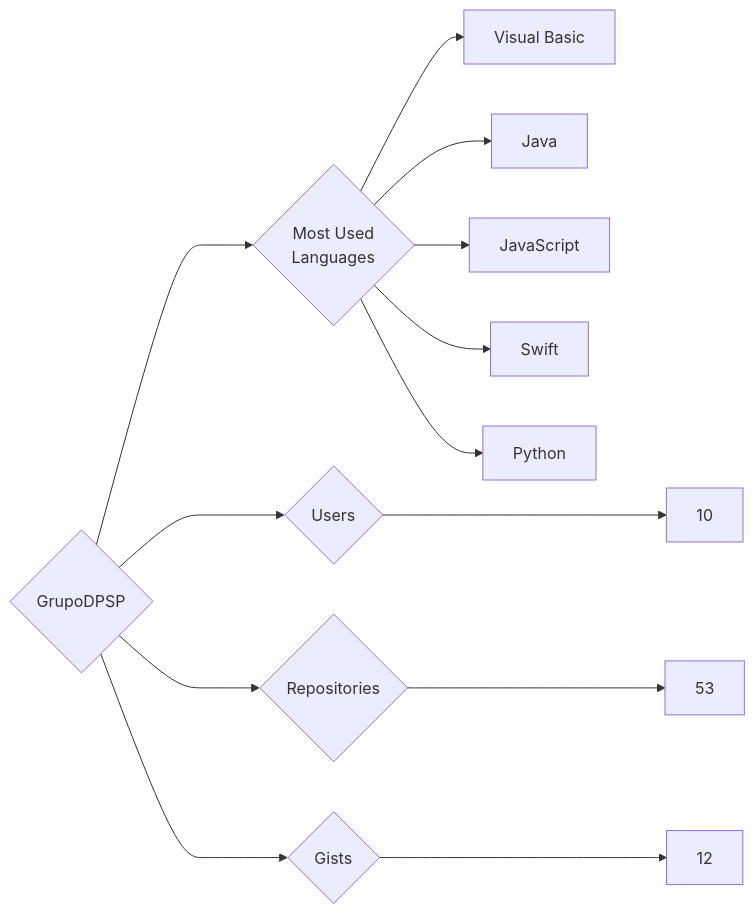
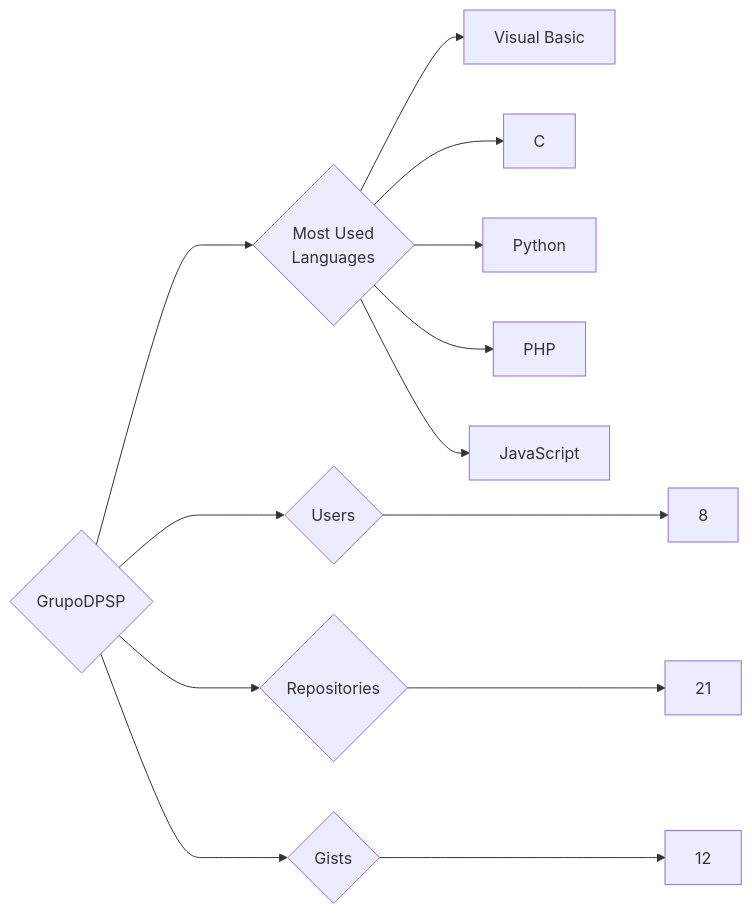
One commit to trickest/insiders changed the diagram in targets/GrupoDPSP/README.md. Above: the diagram before and after it, drawn with Mermaid. The commit also changed 857 other files, not shown here.

````diff
--- a/targets/GrupoDPSP/README.md
+++ b/targets/GrupoDPSP/README.md
@@ -3,13 +3,13 @@
 ```mermaid
 graph LR
 COMPANY_NAME{GrupoDPSP}
-COMPANY_NAME ---> U{Users} ---> UN[10]
-COMPANY_NAME ---> R{Repositories} ---> RN[53]
+COMPANY_NAME ---> U{Users} ---> UN[8]
+COMPANY_NAME ---> R{Repositories} ---> RN[21]
 COMPANY_NAME ---> G{Gists} ---> GN[12]
 COMPANY_NAME ---> ML{Most Used<br>Languages}
 ML --> Visual_Basic[Visual Basic]
-ML --> Java[Java]
+ML --> C[C]
+ML --> Python[Python]
+ML --> PHP[PHP]
 ML --> JavaScript[JavaScript]
-ML --> Swift[Swift]
-ML --> Python[Python]
 ```
````
